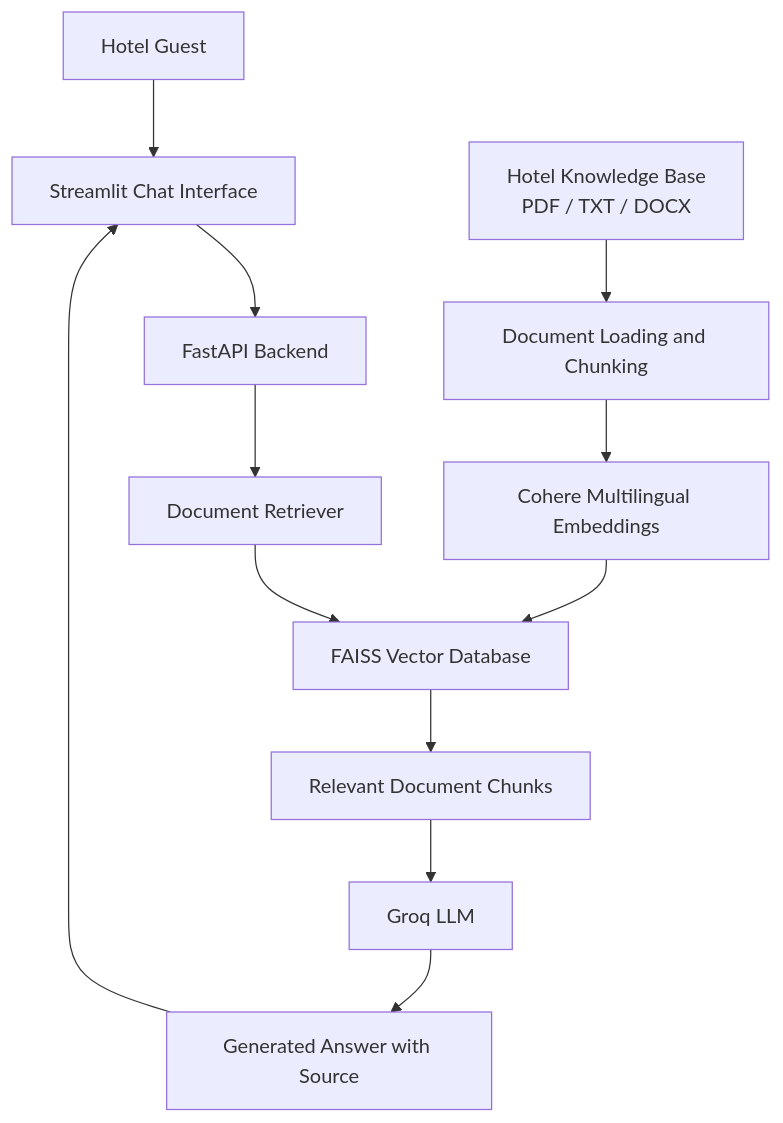
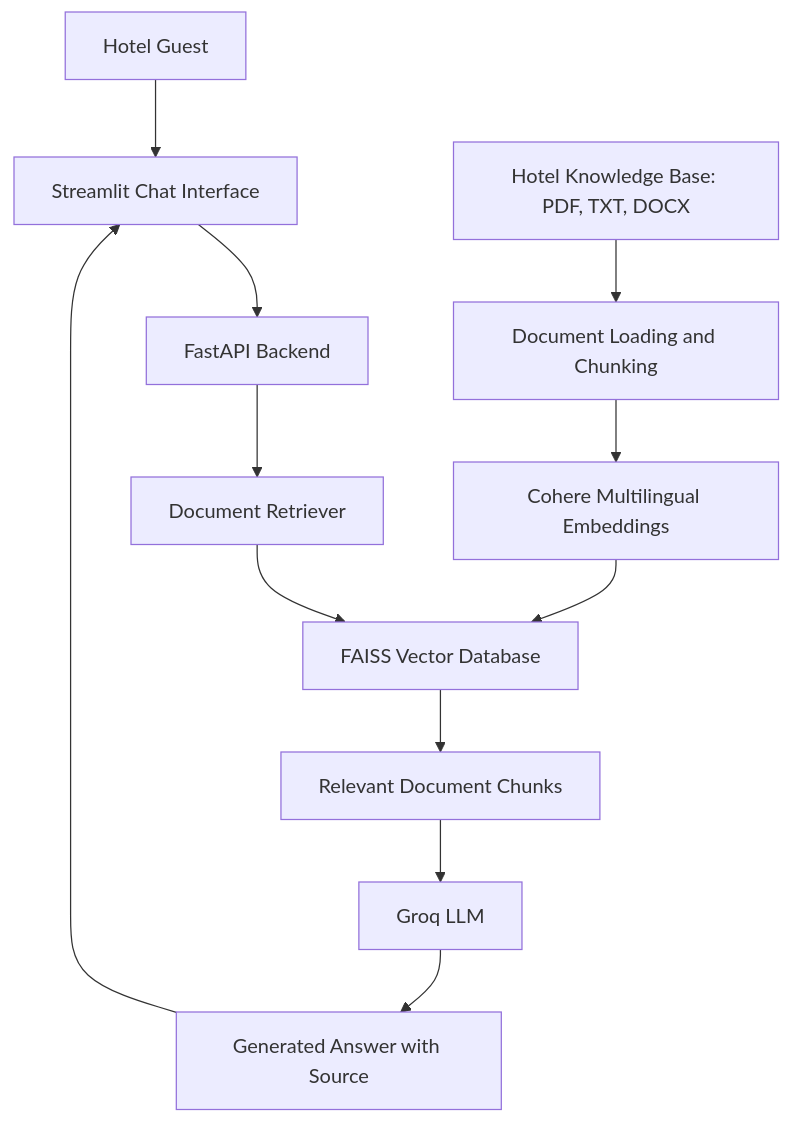
The diagram in README.md (brahimazreg/hospitality-assistant), drawn with Mermaid before and after one commit.

Commit message:
Fix Mermaid architecture diagram in README

````diff
--- a/README.md
+++ b/README.md
@@ -63,15 +63,15 @@
 ```mermaid
 flowchart TD
     A[Hotel Guest] --> B[Streamlit Chat Interface]
     B --> C[FastAPI Backend]
     C --> D[Document Retriever]
     D --> E[FAISS Vector Database]
     E --> F[Relevant Document Chunks]
     F --> G[Groq LLM]
     G --> H[Generated Answer with Source]
     H --> B
 
-    I[Hotel Knowledge Base<br/>PDF / TXT / DOCX] --> J[Document Loading and Chunking]
+    I["Hotel Knowledge Base: PDF, TXT, DOCX"] --> J[Document Loading and Chunking]
     J --> K[Cohere Multilingual Embeddings]
     K --> E
 ```
````
